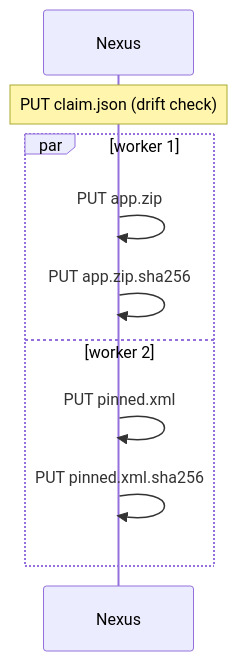
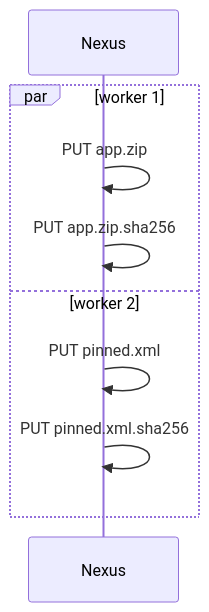
The diagram in docs/how-to/publish.md (Lipen/nexus-raw), drawn with Mermaid before and after one commit. The commit also changed other lines of this file and 21 other files, not shown here.

````diff
--- a/docs/how-to/publish.md
+++ b/docs/how-to/publish.md
@@ -36,12 +48,11 @@
 ```mermaid
 sequenceDiagram
   participant N as Nexus
-  note over N: PUT claim.json (drift check)
   par worker 1
     N->>N: PUT app.zip
     N->>N: PUT app.zip.sha256
   and worker 2
     N->>N: PUT pinned.xml
     N->>N: PUT pinned.xml.sha256
   end
 ```
````
